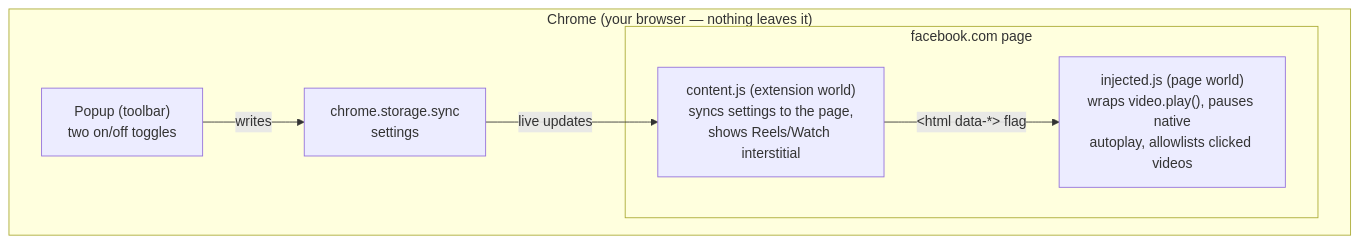
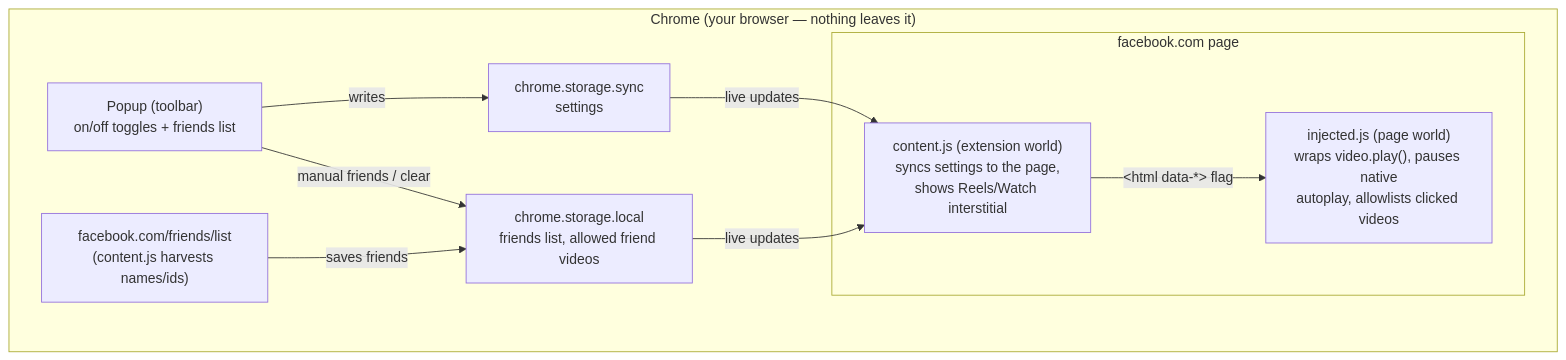
Before and after one commit to jjanczyszyn/fb-video-block: the diagram in README.md, drawn with Mermaid. The commit also changed other lines of this file and 14 other files, not shown here.

First line of the commit message:
feat: friends' videos, friends-only feed, Marketplace exemption (v1.3.0) (#6)

````diff
--- a/README.md
+++ b/README.md
@@ -27,14 +34,19 @@
 ```mermaid
 flowchart TD
     subgraph Chrome["Chrome (your browser — nothing leaves it)"]
         subgraph FB["facebook.com page"]
             INJ["injected.js (page world)\nwraps video.play(), pauses native\nautoplay, allowlists clicked videos"]
             CS["content.js (extension world)\nsyncs settings to the page,\nshows Reels/Watch interstitial"]
         end
-        POPUP["Popup (toolbar)\ntwo on/off toggles"]
+        POPUP["Popup (toolbar)\non/off toggles + friends list"]
         STORE["chrome.storage.sync\nsettings"]
+        LOCAL["chrome.storage.local\nfriends list, allowed friend videos"]
+        FRIENDS["facebook.com/friends/list\n(content.js harvests names/ids)"]
     end
     POPUP -->|writes| STORE
+    POPUP -->|manual friends / clear| LOCAL
+    FRIENDS -->|saves friends| LOCAL
     STORE -->|live updates| CS
+    LOCAL -->|live updates| CS
     CS -->|"&lt;html data-*&gt; flag"| INJ
 ```
````
